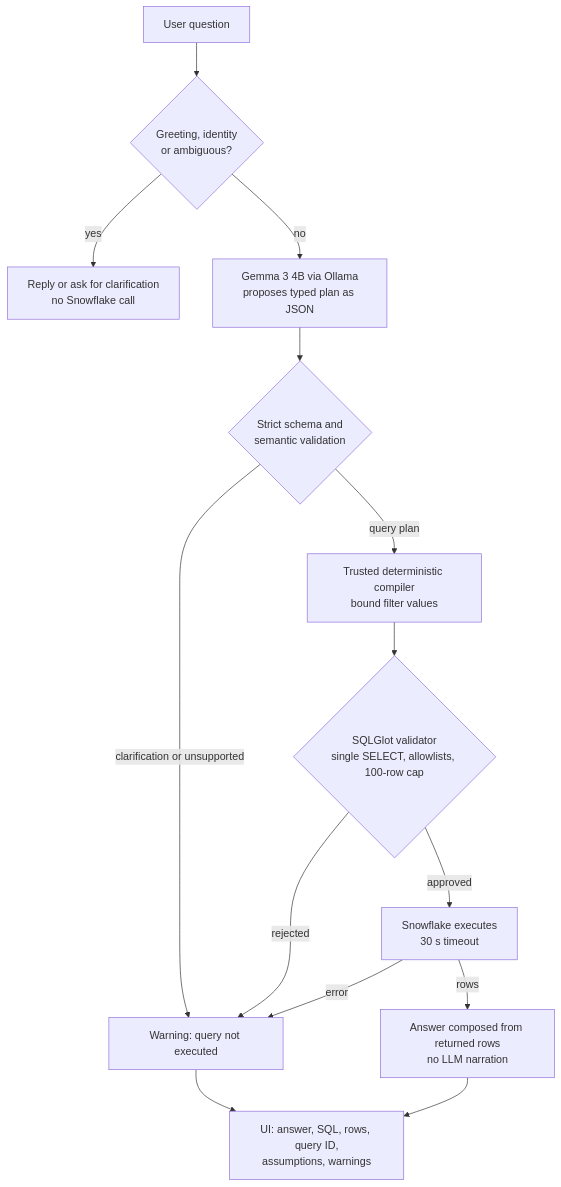
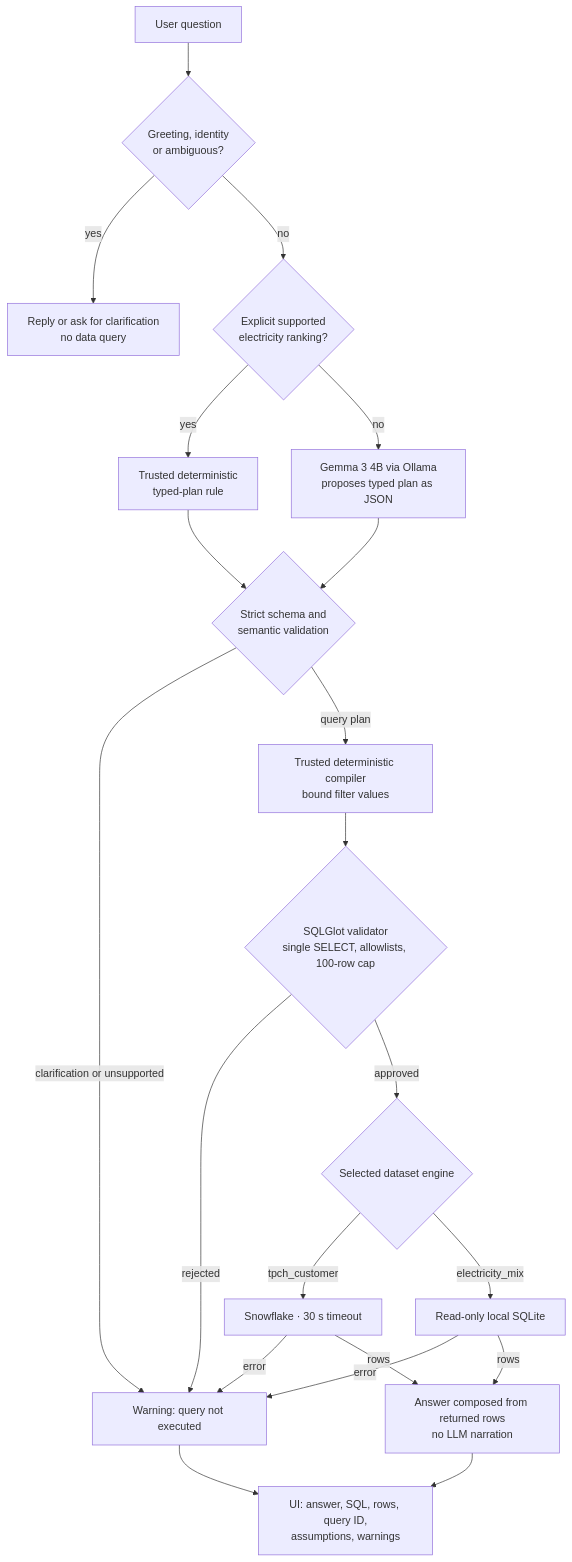
One commit to DarkVeteran28/datamind-team-leviathan changed the diagram in README.md. Above: the diagram before and after it, drawn with Mermaid. The commit also changed other lines of this file and 26 other files, not shown here.

````diff
--- a/README.md
+++ b/README.md
@@ -128,16 +136,23 @@
 ```mermaid
 flowchart TD
     Q[User question] --> P{Greeting, identity<br/>or ambiguous?}
-    P -->|yes| R[Reply or ask for clarification<br/>no Snowflake call]
-    P -->|no| L[Gemma 3 4B via Ollama<br/>proposes typed plan as JSON]
+    P -->|yes| R[Reply or ask for clarification<br/>no data query]
+    P -->|no| D{Explicit supported<br/>electricity ranking?}
+    D -->|yes| DP[Trusted deterministic<br/>typed-plan rule]
+    D -->|no| L[Gemma 3 4B via Ollama<br/>proposes typed plan as JSON]
+    DP --> T
     L --> T{Strict schema and<br/>semantic validation}
-    T -->|clarification or unsupported| W[Respond without SQL or Snowflake]
+    T -->|clarification or unsupported| W[Respond without SQL or execution]
     T -->|query plan| C[Trusted deterministic compiler<br/>bound filter values]
     C --> V{SQLGlot validator<br/>single SELECT, allowlists, 100-row cap}
     V -->|rejected| W[Warning: query not executed]
-    V -->|approved| S[Snowflake executes<br/>30 s timeout]
-    S -->|error| W
-    S -->|rows| A[Answer composed from returned rows<br/>no LLM narration]
+    V -->|approved| S{Selected dataset engine}
+    S -->|tpch_customer| SF[Snowflake · 30 s timeout]
+    S -->|electricity_mix| SQ[Read-only local SQLite]
+    SF -->|error| W
+    SQ -->|error| W
+    SF -->|rows| A[Answer composed from returned rows<br/>no LLM narration]
+    SQ -->|rows| A
     A --> U[UI: answer, SQL, rows, query ID,<br/>assumptions, warnings]
     W --> U
 ```
````
